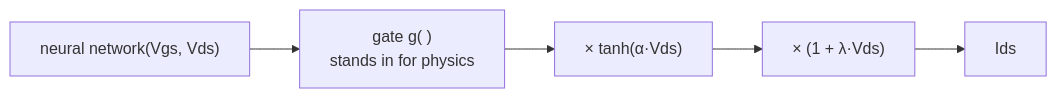
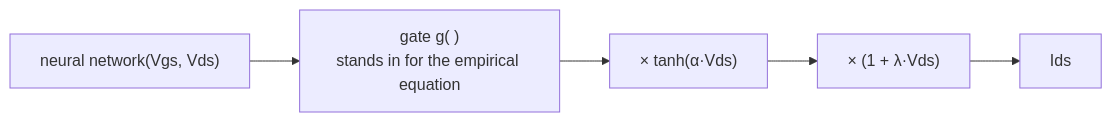
Before and after one commit to Angel-AD/transistor_modeling: the third of 5 diagrams in docs/MODEL_ARCHITECTURES.md, drawn with Mermaid. The commit also changed other lines of this file, not shown here.

First line of the commit message:
Rename 'physics equation' to 'empirical equation' (Angelov is curve-fit, not physics-derived)

````diff
--- a/docs/MODEL_ARCHITECTURES.md
+++ b/docs/MODEL_ARCHITECTURES.md
@@ -141,7 +141,7 @@
 ```mermaid
 flowchart LR
-    NN["neural network(Vgs, Vds)"] --> GATE["gate g( )<br/>stands in for physics"]
+    NN["neural network(Vgs, Vds)"] --> GATE["gate g( )<br/>stands in for the empirical equation"]
     GATE --> M1["× tanh(α·Vds)"]
     M1 --> M2["× (1 + λ·Vds)"]
     M2 --> OUT["Ids"]
 ```
````
